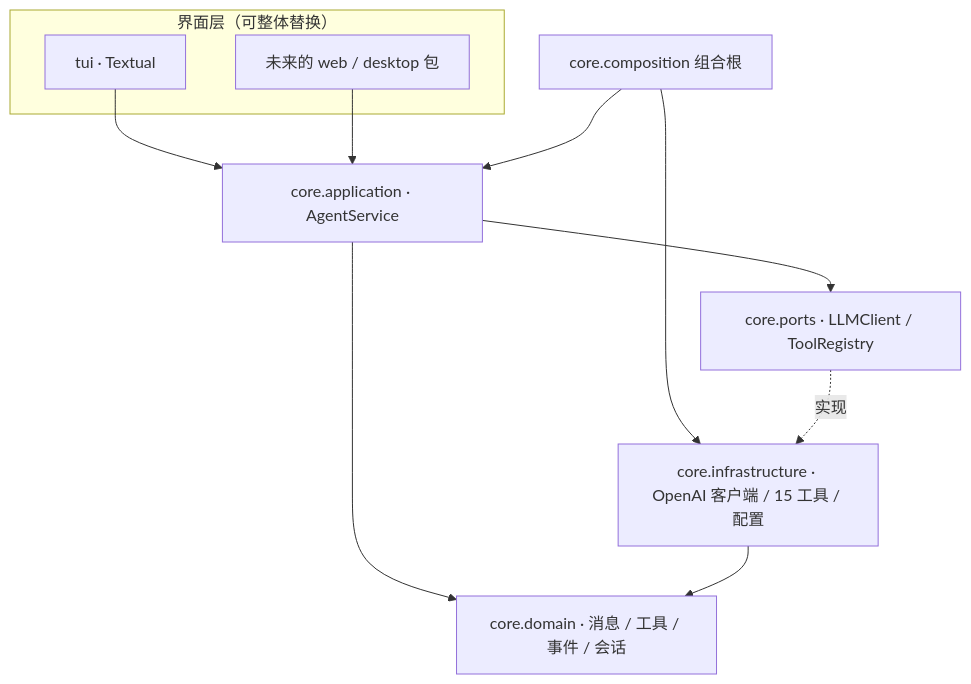
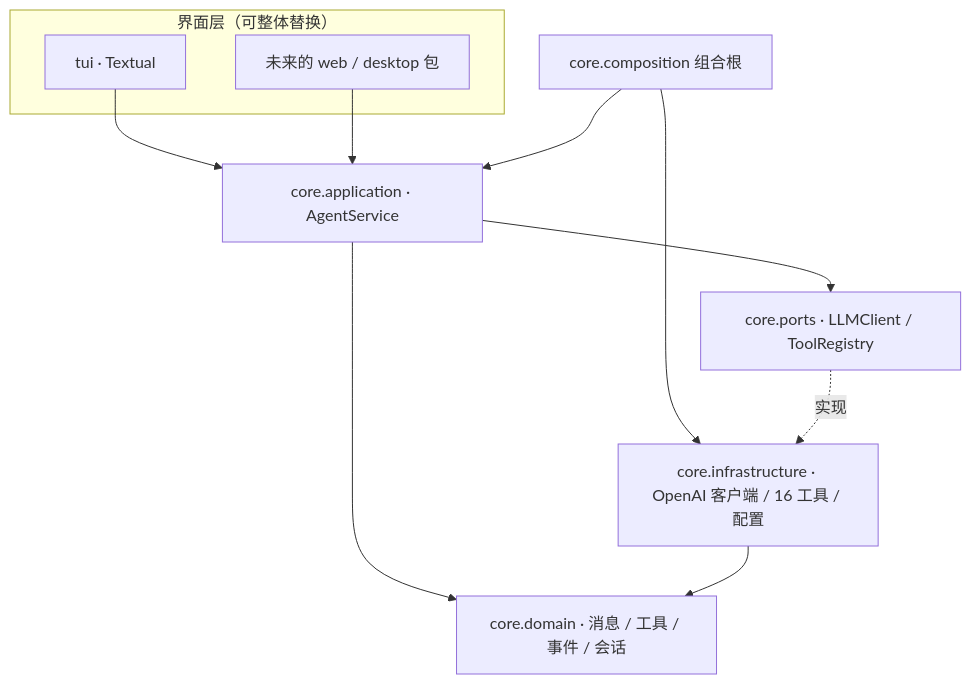
One commit to atfa/LLM-Homework changed the diagram in Agent/xAgent/README.md. Above: the diagram before and after it, drawn with Mermaid. The commit also changed other lines of this file and 15 other files, not shown here.

````diff
--- a/Agent/xAgent/README.md
+++ b/Agent/xAgent/README.md
@@ -148,21 +150,21 @@
 ```mermaid
 flowchart TB
     subgraph ui["界面层（可整体替换）"]
         TUI["tui · Textual"]
         FUTURE["未来的 web / desktop 包"]
     end
     COMP["core.composition 组合根"]
     APP["core.application · AgentService"]
     PORTS["core.ports · LLMClient / ToolRegistry"]
     DOM["core.domain · 消息 / 工具 / 事件 / 会话"]
-    INFRA["core.infrastructure · OpenAI 客户端 / 15 工具 / 配置"]
+    INFRA["core.infrastructure · OpenAI 客户端 / 16 工具 / 配置"]
 
     TUI --> APP
     FUTURE --> APP
     COMP --> APP
     COMP --> INFRA
     APP --> PORTS
     PORTS -. "实现" .-> INFRA
     APP --> DOM
     INFRA --> DOM
 ```
````
